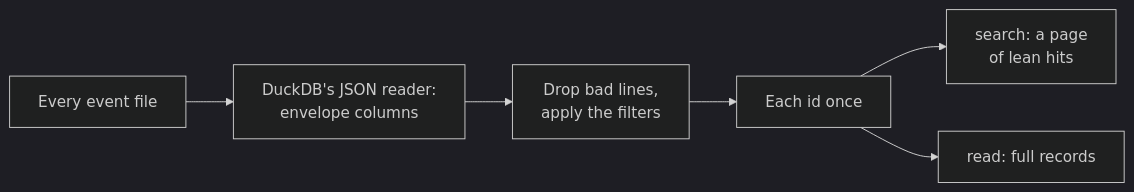
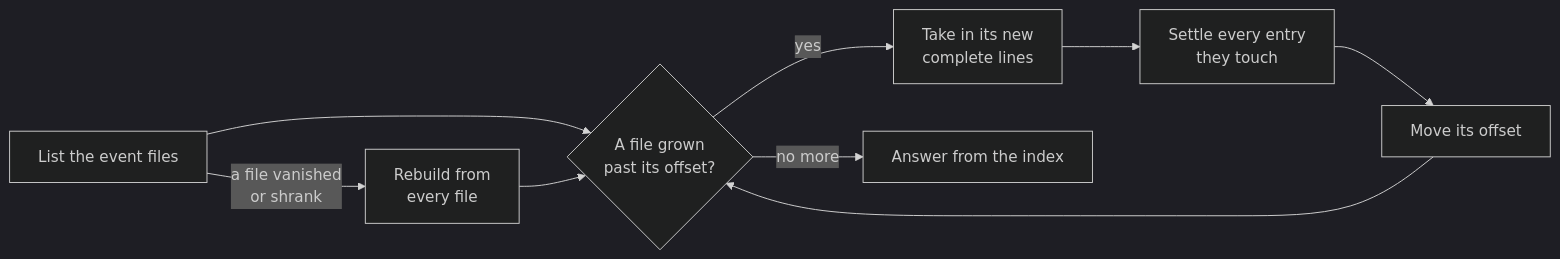
The second of 2 diagrams in docs/core-module.md (Velrea/AI.Brain), drawn with Mermaid (dark theme) before and after one commit. The commit also changed other lines of this file and 17 other files, not shown here.

````diff
--- a/docs/core-module.md
+++ b/docs/core-module.md
@@ -86,8 +91,11 @@
 ```mermaid
 flowchart LR
-    files["Every event file"] --> json["DuckDB's JSON reader:<br/>envelope columns"]
-    json --> filter["Drop bad lines,<br/>apply the filters"]
-    filter --> once["Each id once"]
-    once --> search["search: a page<br/>of lean hits"]
-    once --> read["read: full records"]
+    list["List the event files"] --> grown{"A file grown<br/>past its offset?"}
+    list -- "a file vanished<br/>or shrank" --> rebuild["Rebuild from<br/>every file"]
+    rebuild --> grown
+    grown -- yes --> take["Take in its new<br/>complete lines"]
+    take --> settle["Settle every entry<br/>they touch"]
+    settle --> offset["Move its offset"]
+    offset --> grown
+    grown -- "no more" --> answer["Answer from the index"]
 ```
````
